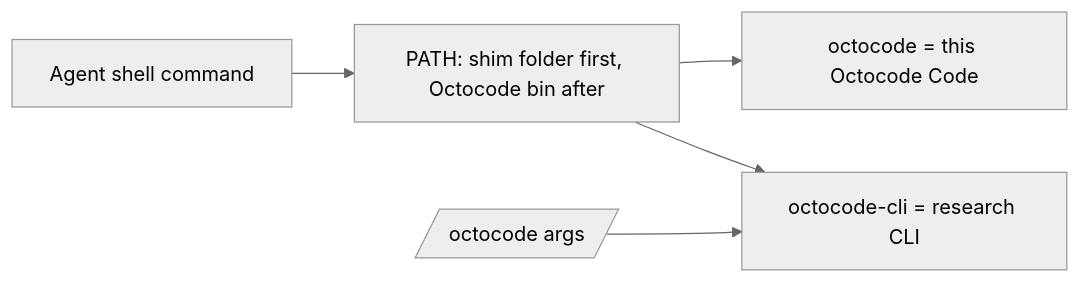
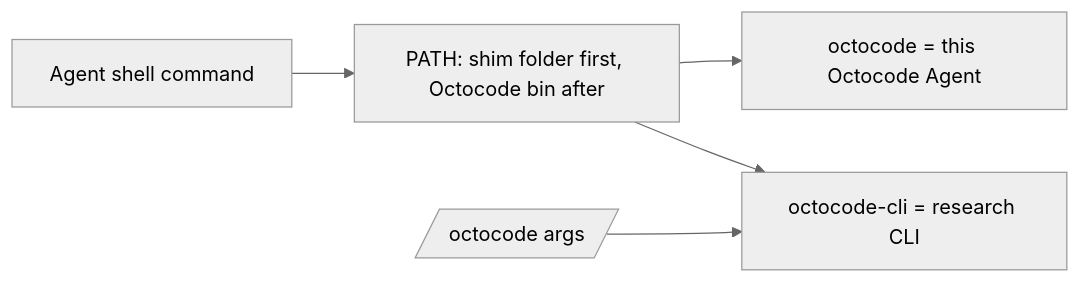
One commit to bgauryy/octocode-coding-agent changed diagram 19 of 19 in packages/coding-agent/docs/native-features.md. Above: the diagram before and after it, drawn with Mermaid (neutral theme). The commit also changed other lines of this file and 506 other files, not shown here.

````diff
--- a/packages/coding-agent/docs/native-features.md
+++ b/packages/coding-agent/docs/native-features.md
@@ -1085,7 +1098,7 @@
 ```mermaid
 flowchart LR
   A[Agent shell command] --> P[PATH: shim folder first, Octocode bin after]
-  P --> AG[octocode = this Octocode Code]
+  P --> AG[octocode = this Octocode Agent]
   P --> CLI[octocode-cli = research CLI]
   U[/octocode args/] --> CLI
 ```
````
